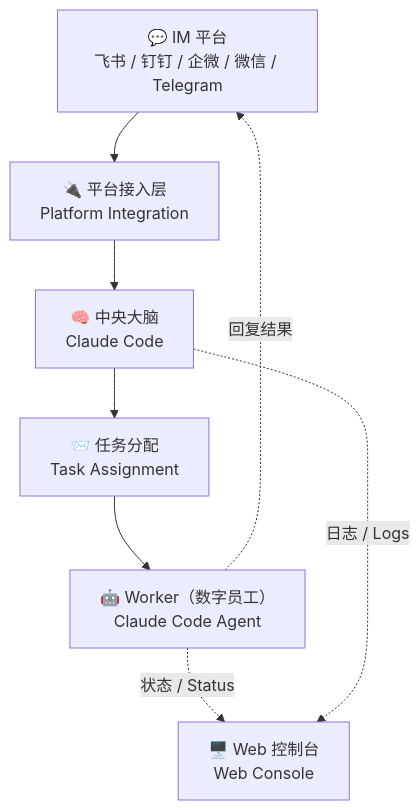
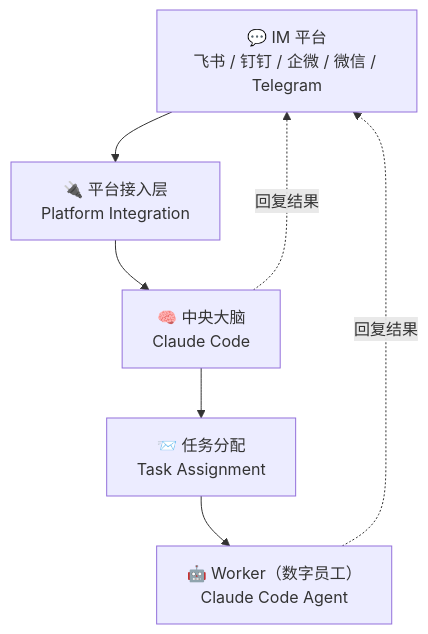
Before and after one commit to theopenbee/openbee: the diagram in README.zh.md, drawn with Mermaid. The commit also changed other lines of this file and 1 other file, not shown here.

````diff
--- a/README.zh.md
+++ b/README.zh.md
@@ -111,10 +111,9 @@
 ```mermaid
 graph TD
     A["💬 IM 平台\n飞书 / 钉钉 / 企微 / 微信 / Telegram"] --> B["🔌 平台接入层\nPlatform Integration"]
     B --> C["🧠 中央大脑\nClaude Code"]
     C --> D["📨 任务分配\nTask Assignment"]
     D --> E["🤖 Worker（数字员工）\nClaude Code Agent"]
     E -. "回复结果" .-> A
-    E -. "状态 / Status" .-> F["🖥️ Web 控制台\nWeb Console"]
-    C -. "日志 / Logs" .-> F
+    C -. "回复结果" .-> A
 ```
````
